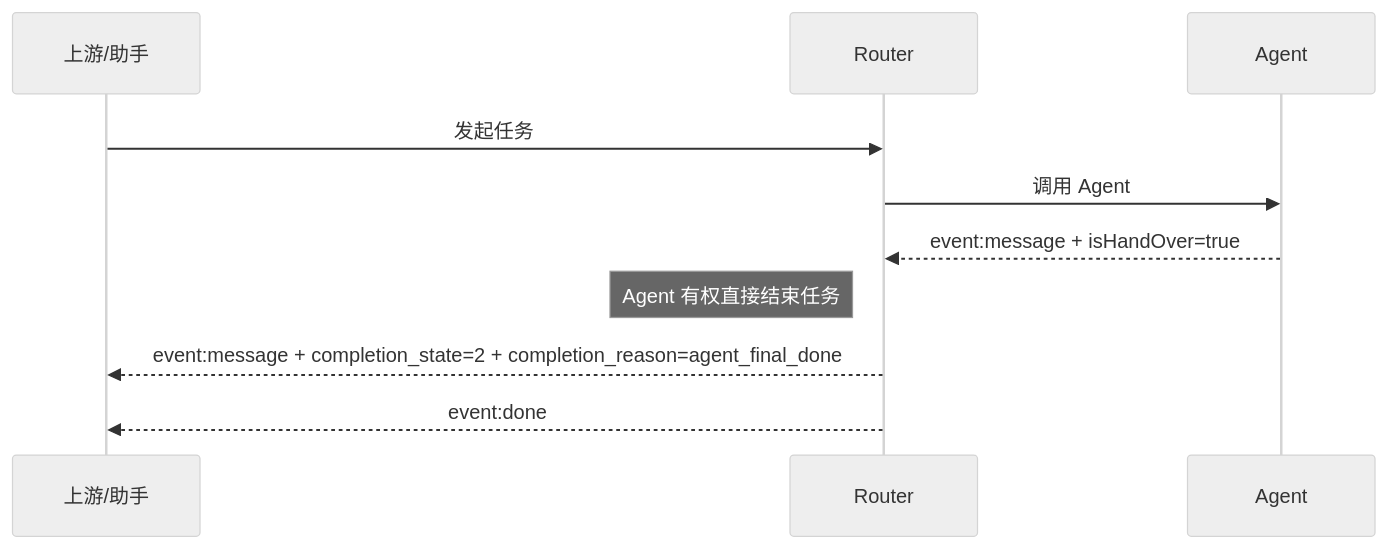
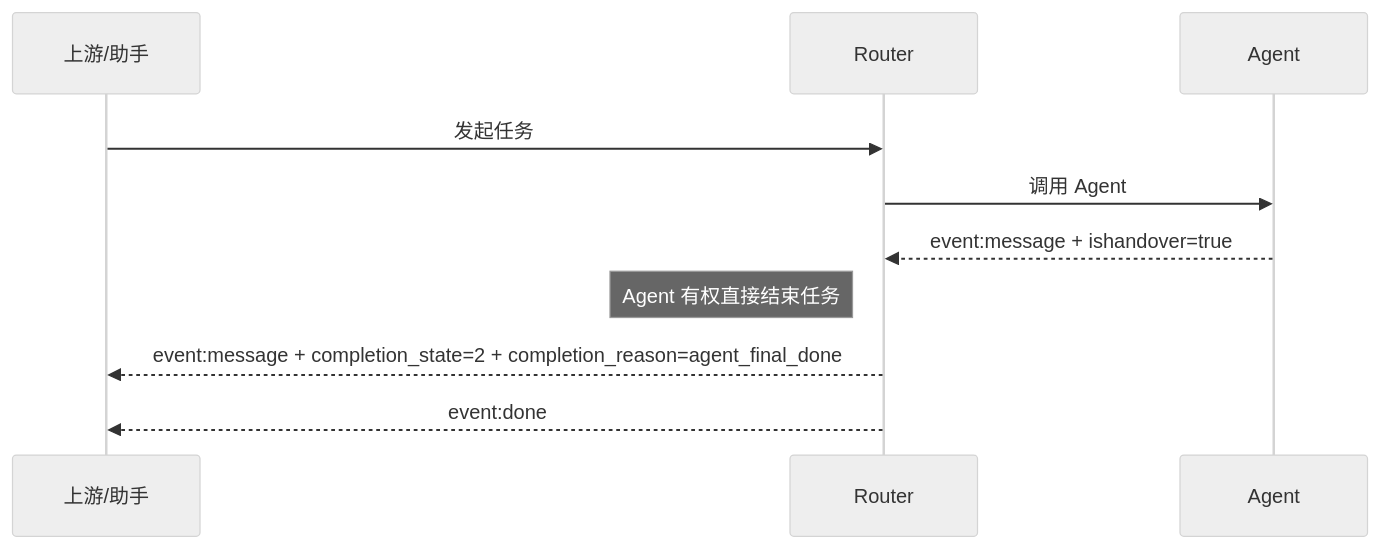
Before and after one commit to corelli359/intent-router: the second of 5 diagrams in docs/v3/router-service-流式协议补充草案.md, drawn with Mermaid (neutral theme). The commit also changed other lines of this file and 6 other files, not shown here.

````diff
--- a/docs/v3/router-service-流式协议补充草案.md
+++ b/docs/v3/router-service-流式协议补充草案.md
@@ -250,13 +250,13 @@
 ```mermaid
 sequenceDiagram
     participant U as 上游/助手
     participant R as Router
     participant A as Agent
 
     U->>R: 发起任务
     R->>A: 调用 Agent
-    A-->>R: event:message + isHandOver=true
+    A-->>R: event:message + ishandover=true
     Note left of R: Agent 有权直接结束任务
     R-->>U: event:message + completion_state=2 + completion_reason=agent_final_done
     R-->>U: event:done
 ```
````
